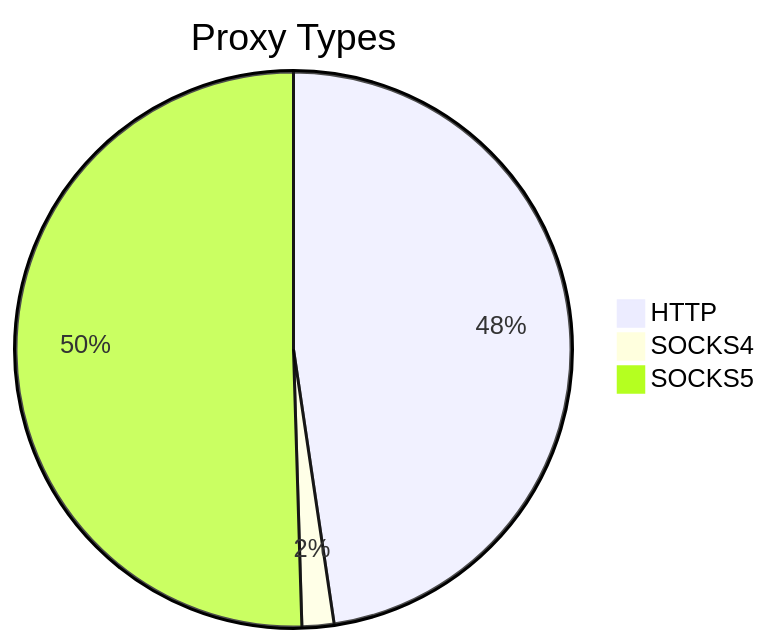
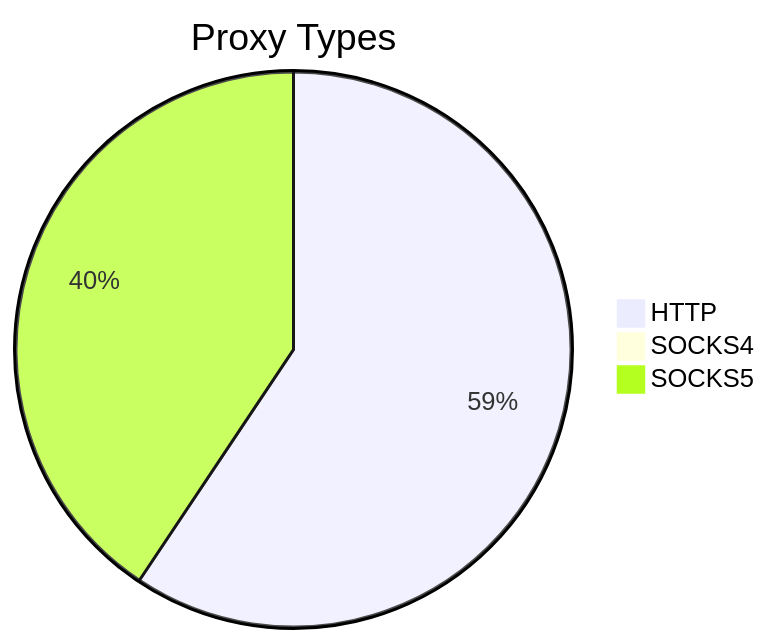
One commit to stormsia/proxy-list changed the first of 2 diagrams in README.md. Above: the diagram before and after it, drawn with Mermaid. The commit also changed other lines of this file, not shown here.

````diff
--- a/README.md
+++ b/README.md
@@ -21,6 +21,6 @@
 ```mermaid
 pie title Proxy Types
-    "HTTP" : 2127
-    "SOCKS4" : 83
-    "SOCKS5" : 2253
+    "HTTP" : 1844
+    "SOCKS4" : 19
+    "SOCKS5" : 1262
 ```
````
